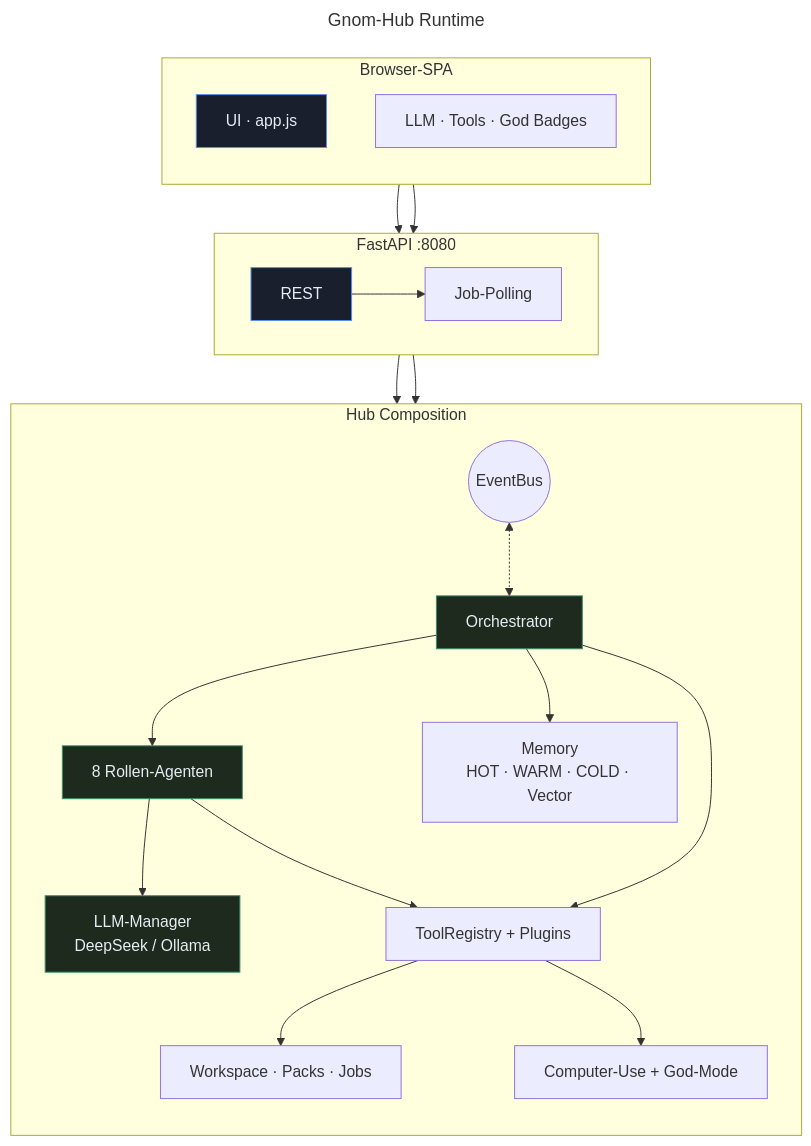
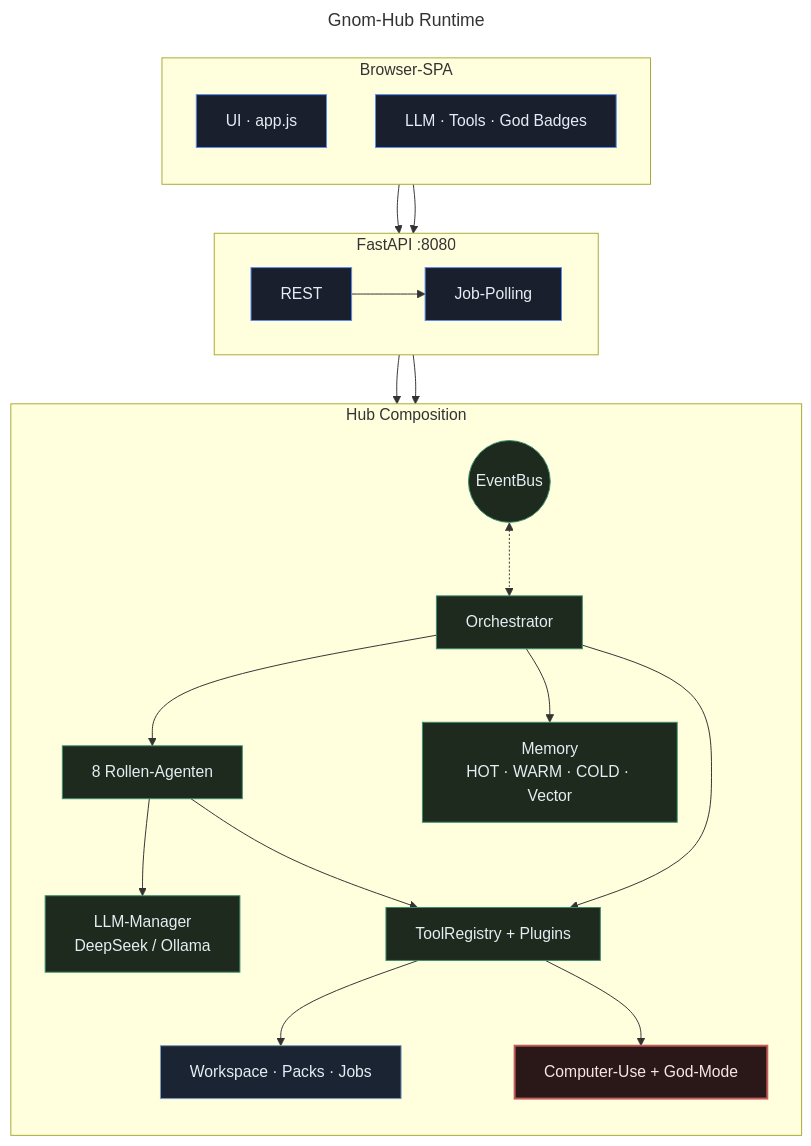
One commit to landjunge/gnom-hub-v1 changed the first of 4 diagrams in README_DE.md. Above: the diagram before and after it, drawn with Mermaid. The commit also changed other lines of this file and 3 other files, not shown here.

First line of the commit message:
docs: deepen Mermaid styling classes (shared palette)

````diff
--- a/README_DE.md
+++ b/README_DE.md
@@ -201,48 +201,49 @@
 ```mermaid
 ---
 title: Gnom-Hub Runtime
 ---
 flowchart TB
   subgraph Client["Browser-SPA"]
     direction TB
-    UI["UI · app.js"]
-    Badges["LLM · Tools · God Badges"]
+    UI["UI · app.js"]:::ui
+    Badges["LLM · Tools · God Badges"]:::ui
   end
 
   subgraph API["FastAPI :8080"]
     direction LR
-    REST["REST"]
-    Poll["Job-Polling"]
+    REST["REST"]:::ui
+    Poll["Job-Polling"]:::ui
   end
 
   subgraph Hub["Hub Composition"]
     direction TB
-    Bus((EventBus))
-    Orch["Orchestrator"]
-    Agents["8 Rollen-Agenten"]
-    LLM["LLM-Manager<br/>DeepSeek / Ollama"]
-    Mem["Memory<br/>HOT · WARM · COLD · Vector"]
-    Tools["ToolRegistry + Plugins"]
-    WS["Workspace · Packs · Jobs"]
-    CU["Computer-Use + God-Mode"]
+    Bus((EventBus)):::core
+    Orch["Orchestrator"]:::core
+    Agents["8 Rollen-Agenten"]:::core
+    LLM["LLM-Manager<br/>DeepSeek / Ollama"]:::core
+    Mem["Memory<br/>HOT · WARM · COLD · Vector"]:::warm
+    Tools["ToolRegistry + Plugins"]:::core
+    WS["Workspace · Packs · Jobs"]:::store
+    CU["Computer-Use + God-Mode"]:::danger
   end
 
   UI --> REST
   Badges --> REST
   REST --> Poll
   Poll --> Orch
   REST --> Orch
   Bus <-.-> Orch
   Orch --> Agents
   Agents --> LLM
   Orch --> Mem
   Orch --> Tools
   Agents --> Tools
   Tools --> WS
   Tools --> CU
 
-  classDef edge fill:#1a1f2e,stroke:#5b8def,color:#e6edf3
-  classDef core fill:#1e2a1e,stroke:#3a8f6e,color:#e6edf3
-  class Orch,Agents,LLM core
-  class UI,REST edge
+  classDef ui fill:#1a1f2e,stroke:#5b8def,color:#e6edf3,stroke-width:1px
+  classDef core fill:#1e2a1e,stroke:#3a8f6e,color:#e6edf3,stroke-width:1px
+  classDef warm fill:#1e2a1e,stroke:#3a8f6e,color:#e6edf3,stroke-width:1px
+  classDef store fill:#1a2433,stroke:#7c9cbf,color:#e6edf3,stroke-width:1px
+  classDef danger fill:#2a1818,stroke:#c45c5c,color:#f5e6e6,stroke-width:2px
 ```
````
